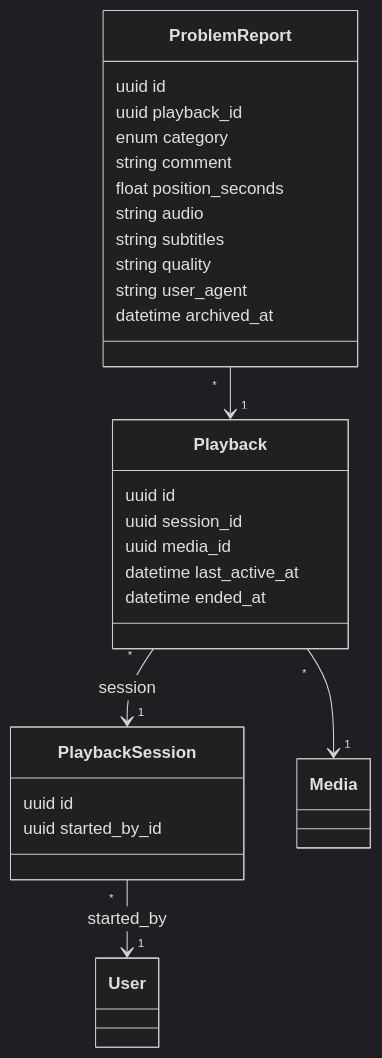
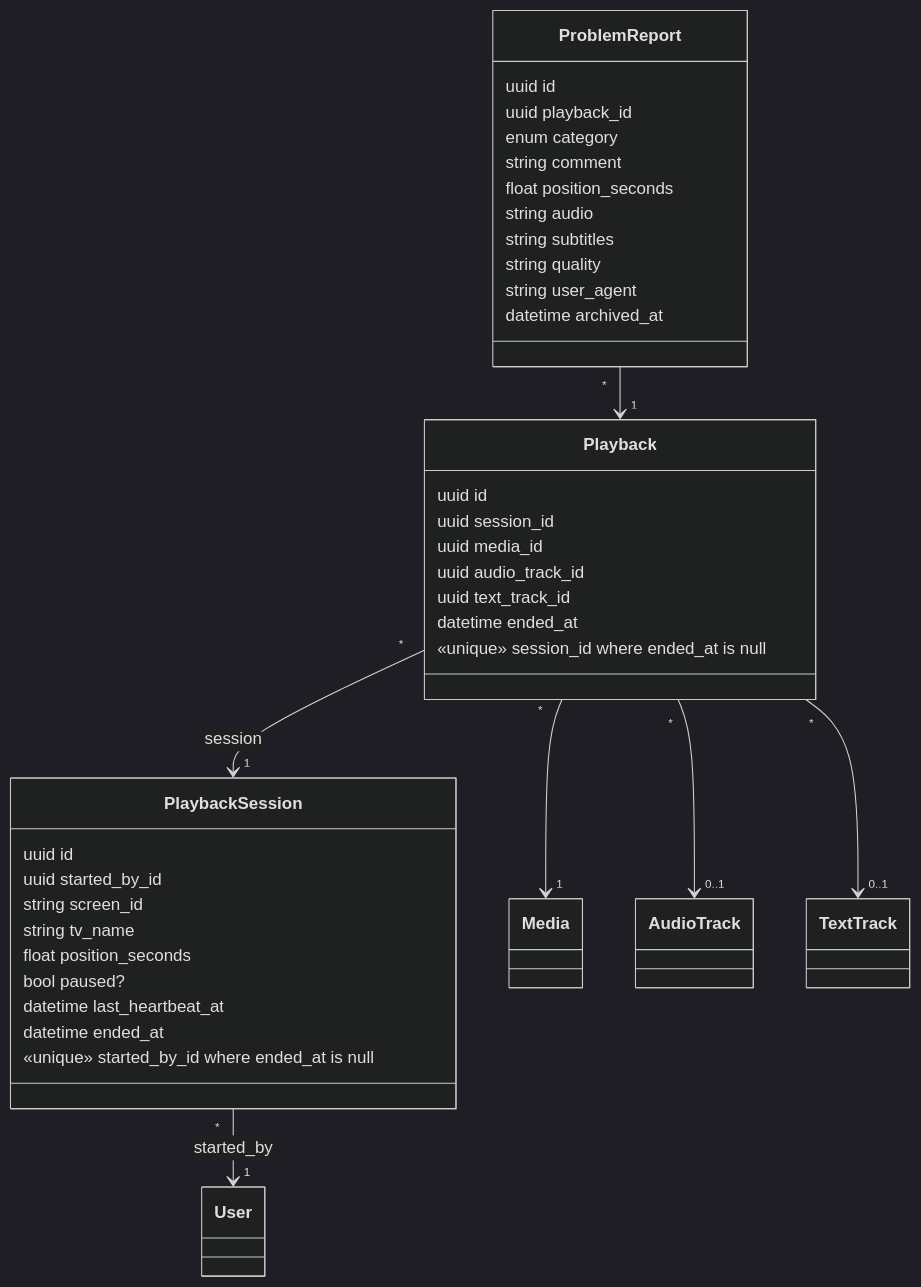
The seventh of 12 diagrams in docs/data-model.md (nat-e/watch_club), drawn with Mermaid (dark theme) before and after one commit. The commit also changed other lines of this file and 87 other files, not shown here.

````diff
--- a/docs/data-model.md
+++ b/docs/data-model.md
@@ -367,32 +367,45 @@
 ```mermaid
 classDiagram
   class PlaybackSession {
     uuid id
     uuid started_by_id
+    string screen_id
+    string tv_name
+    float position_seconds
+    bool paused?
+    datetime last_heartbeat_at
+    datetime ended_at
+    «unique» started_by_id where ended_at is null
   }
   class Playback {
     uuid id
     uuid session_id
     uuid media_id
-    datetime last_active_at
+    uuid audio_track_id
+    uuid text_track_id
     datetime ended_at
+    «unique» session_id where ended_at is null
   }
   class ProblemReport {
     uuid id
     uuid playback_id
     enum category
     string comment
     float position_seconds
     string audio
     string subtitles
     string quality
     string user_agent
     datetime archived_at
   }
   class User
   class Media
+  class AudioTrack
+  class TextTrack
   PlaybackSession "*" --> "1" User : started_by
   Playback "*" --> "1" PlaybackSession : session
   Playback "*" --> "1" Media
+  Playback "*" --> "0..1" AudioTrack
+  Playback "*" --> "0..1" TextTrack
   ProblemReport "*" --> "1" Playback
 ```
````
